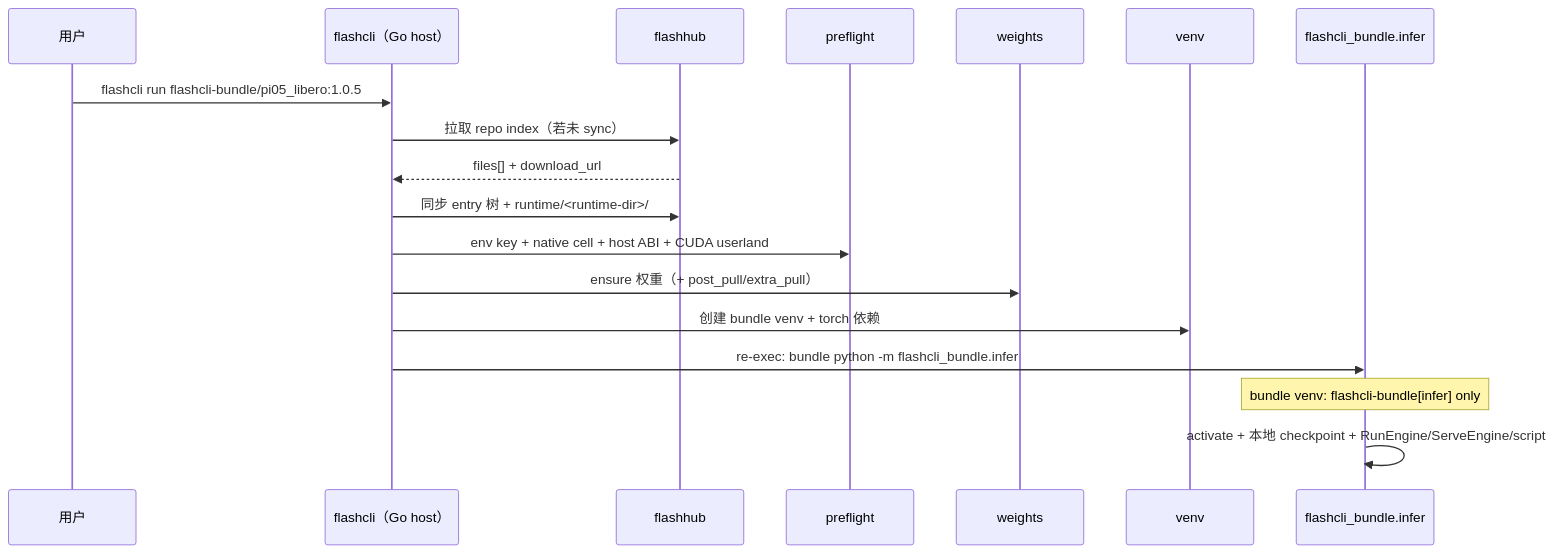
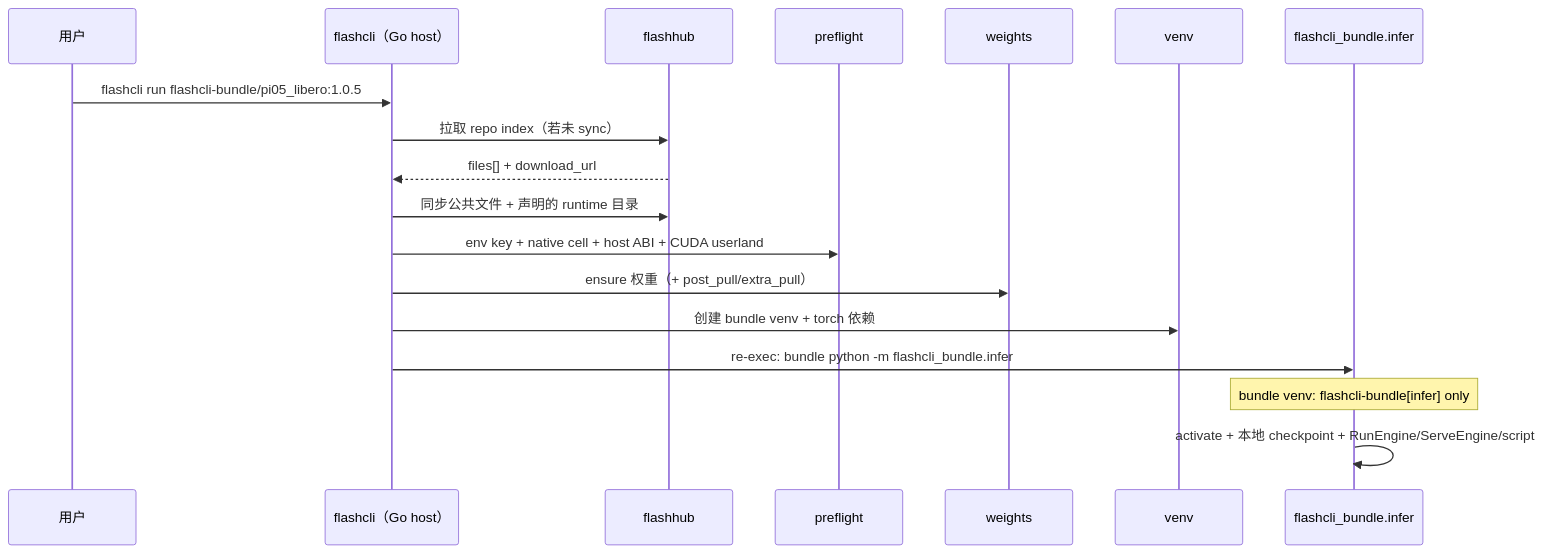
The diagram in docs/architecture.zh-CN.md (aodianyun/flashcli), drawn with Mermaid before and after one commit. The commit also changed other lines of this file and 42 other files, not shown here.

````diff
--- a/docs/architecture.zh-CN.md
+++ b/docs/architecture.zh-CN.md
@@ -71,21 +71,21 @@
 ```mermaid
 sequenceDiagram
   participant U as 用户
   participant CLI as flashcli（Go host）
   participant FH as flashhub
   participant Pre as preflight
   participant W as weights
   participant Venv as venv
   participant Infer as flashcli_bundle.infer
 
   U->>CLI: flashcli run flashcli-bundle/pi05_libero:1.0.5
   CLI->>FH: 拉取 repo index（若未 sync）
   FH-->>CLI: files[] + download_url
-  CLI->>FH: 同步 entry 树 + runtime/<runtime-dir>/
+  CLI->>FH: 同步公共文件 + 声明的 runtime 目录
   CLI->>Pre: env key + native cell + host ABI + CUDA userland
   CLI->>W: ensure 权重（+ post_pull/extra_pull）
   CLI->>Venv: 创建 bundle venv + torch 依赖
   CLI->>Infer: re-exec: bundle python -m flashcli_bundle.infer
   Note over Infer: bundle venv: flashcli-bundle[infer] only
   Infer->>Infer: activate + 本地 checkpoint + RunEngine/ServeEngine/script
 ```
````
